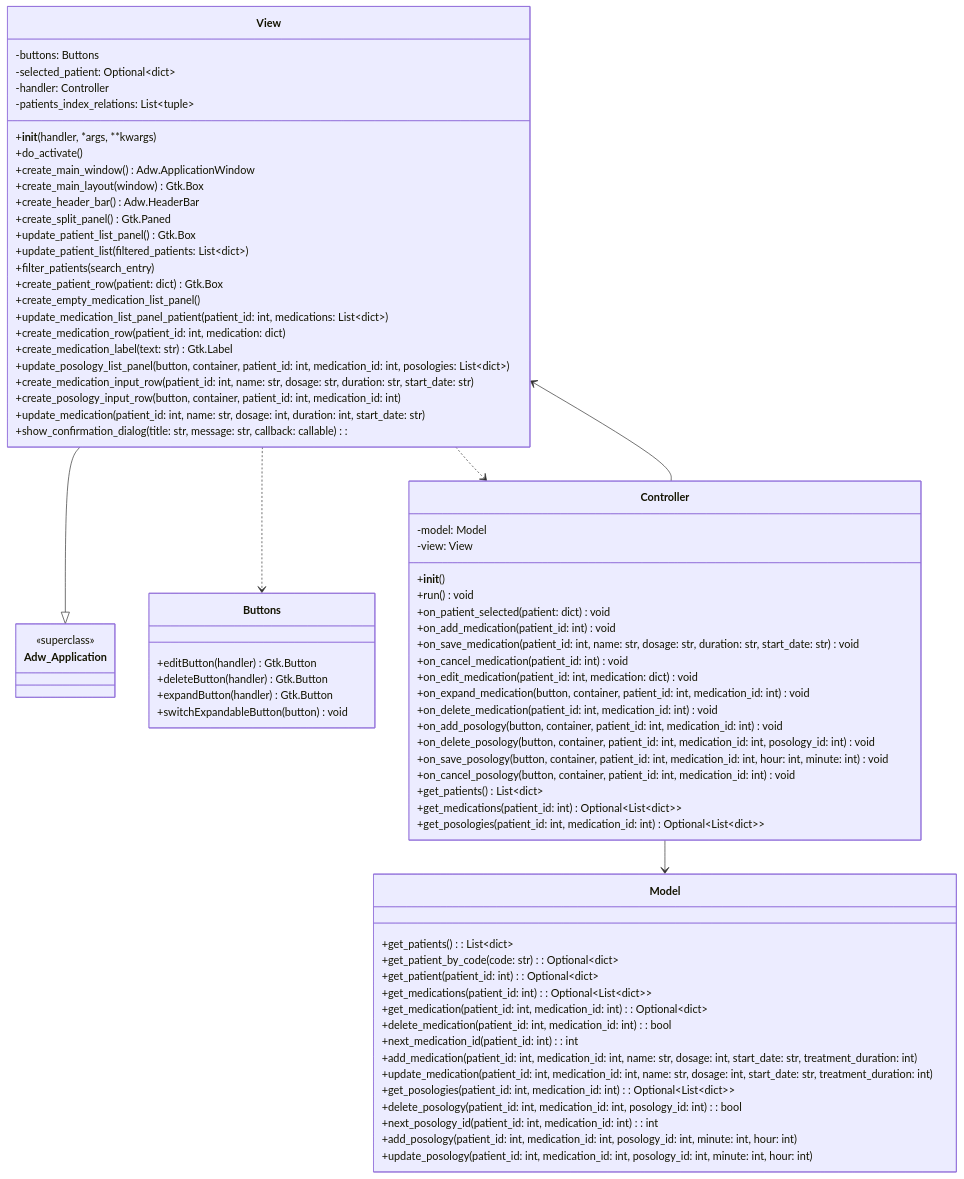
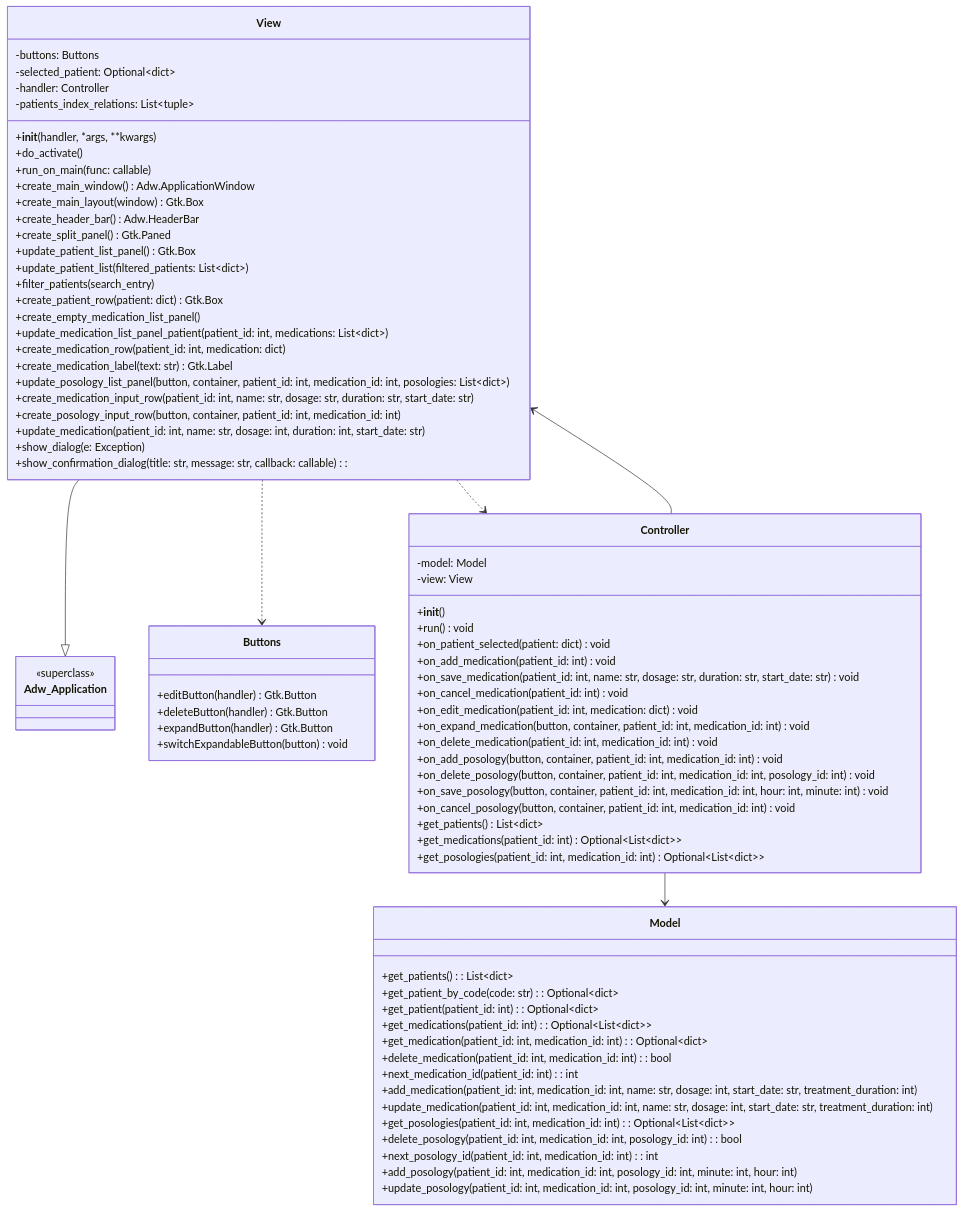
The first of 2 diagrams in diseño_sw.md (daniqss/terceiro), drawn with Mermaid before and after one commit.

Commit message:
docs: add new functions to class diagram

```diff
--- a/diseño_sw.md
+++ b/diseño_sw.md
@@ -27,6 +27,7 @@
 
         +__init__(handler, *args, **kwargs)
         +do_activate()
+        +run_on_main(func: callable)
         +create_main_window() Adw.ApplicationWindow
         +create_main_layout(window) Gtk.Box
         +create_header_bar() Adw.HeaderBar
@@ -43,6 +44,7 @@
         +create_medication_input_row(patient_id: int, name: str, dosage: str, duration: str, start_date: str)
         +create_posology_input_row(button, container, patient_id: int, medication_id: int)
         +update_medication(patient_id: int, name: str, dosage: int, duration: int, start_date: str)
+        +show_dialog(e: Exception)
         +show_confirmation_dialog(title: str, message: str, callback: callable):
     }
 
```
